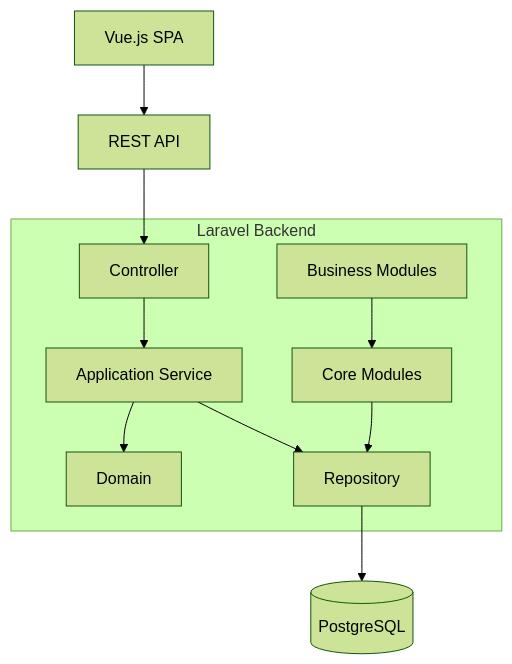
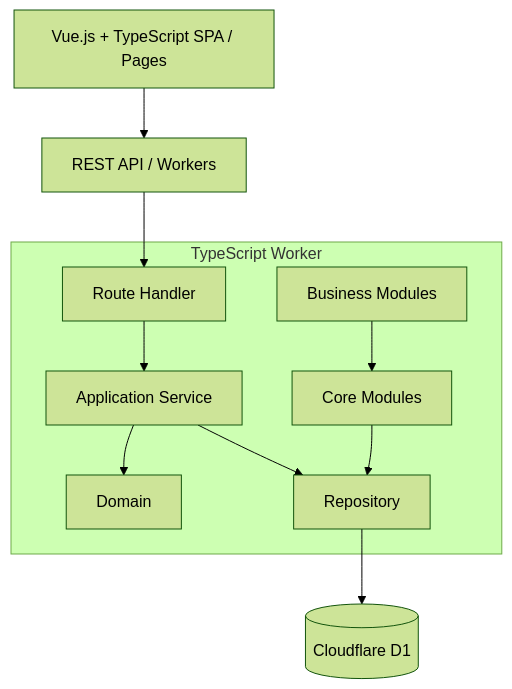
Before and after one commit to ichiro0522/OrgFlow: the diagram in docs/basic-design/02-system-architecture.md, drawn with Mermaid (forest theme). The commit also changed other lines of this file and 6 other files, not shown here.

````diff
--- a/docs/basic-design/02-system-architecture.md
+++ b/docs/basic-design/02-system-architecture.md
@@ -17,19 +19,19 @@
 ```mermaid
 flowchart TB
-  Browser[Vue.js SPA] --> HTTP[REST API]
-  subgraph Backend[Laravel Backend]
-    Controller[Controller]
+  Browser[Vue.js + TypeScript SPA / Pages] --> HTTP[REST API / Workers]
+  subgraph Backend[TypeScript Worker]
+    Controller[Route Handler]
     Service[Application Service]
     Domain[Domain]
     Repository[Repository]
     Core[Core Modules]
     Business[Business Modules]
   end
   HTTP --> Controller
   Controller --> Service
   Service --> Domain
   Service --> Repository
   Core --> Repository
   Business --> Core
-  Repository --> PostgreSQL[(PostgreSQL)]
+  Repository --> D1[(Cloudflare D1)]
 ```
````
